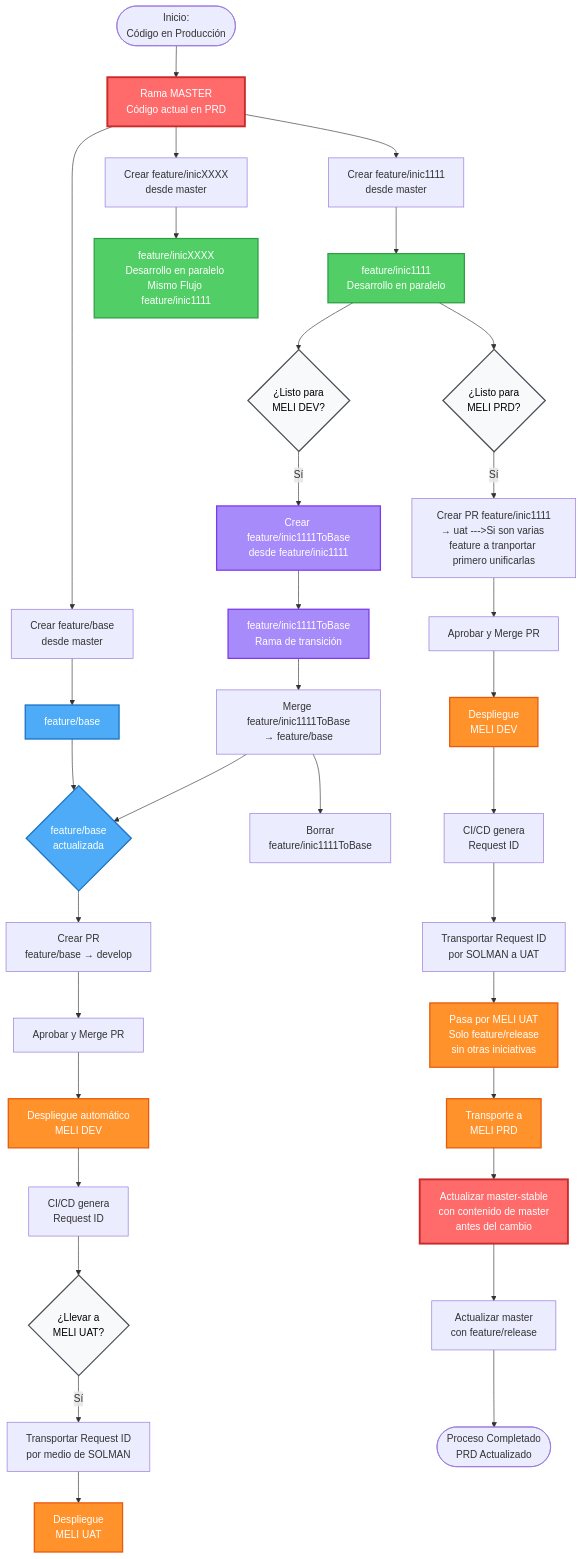
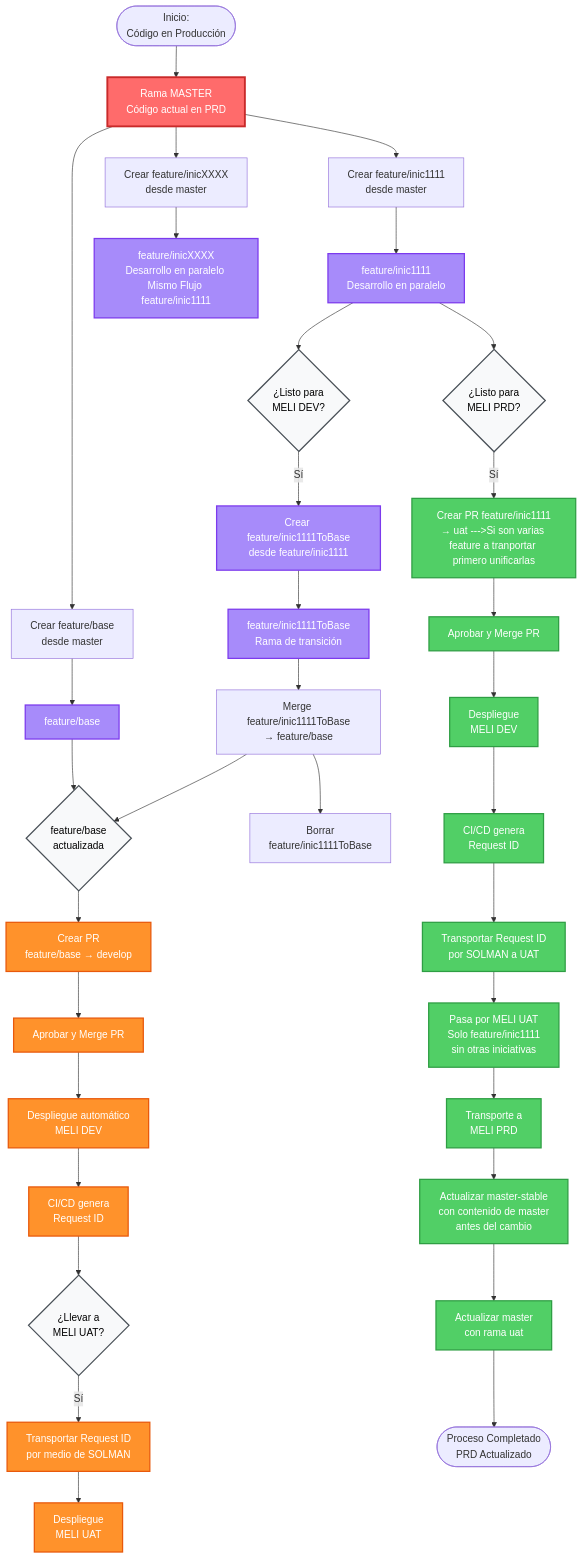
The second of 2 diagrams in flujo-github-paralelo.md (jajaramillo/flujo-github-paralelo), drawn with Mermaid before and after one commit. The commit also changed other lines of this file, not shown here.

Commit message:
Refactor flow diagram styles and update labels

````diff
--- a/flujo-github-paralelo.md
+++ b/flujo-github-paralelo.md
@@ -85,71 +89,77 @@
 ```mermaid
 flowchart TD
     Start([Inicio:<br/>Código en Producción]) --> Master[Rama MASTER<br/>Código actual en PRD]
     
     
     Master --> CreateBase[Crear feature/base<br/>desde master]
     Master --> CreateDev1[Crear feature/inic1111<br/>desde master]    
     Master --> CreateDevN[Crear feature/inicXXXX<br/>desde master]
        
     CreateBase --> Base[feature/base]
     CreateDev1 --> Dev1[feature/inic1111<br/>Desarrollo en paralelo]    
     CreateDevN --> DevN[feature/inicXXXX<br/>Desarrollo en paralelo Mismo Flujo feature/inic1111]
     
     %% Flujo para MELI DEV
     Dev1 --> DecisionDev1{¿Listo para<br/>MELI DEV?}
     DecisionDev1 -->|Sí| CreateTrans1[Crear feature/inic1111ToBase<br/>desde feature/inic1111]
     CreateTrans1 --> Trans1[feature/inic1111ToBase<br/>Rama de transición]
     Trans1 --> MergeToBase1[Merge feature/inic1111ToBase<br/>→ feature/base]
     
           
     Base --> BaseLista
     MergeToBase1 --> BaseLista{feature/base<br/>actualizada}
     MergeToBase1 --> DeleteTrans1[Borrar<br/>feature/inic1111ToBase]
     
     BaseLista --> PRDev[Crear PR<br/>feature/base → develop]
     PRDev --> ApproveDev[Aprobar y Merge PR]
     ApproveDev --> DeployDev[Despliegue automático<br/>MELI DEV]
     DeployDev --> RequestIDDev[CI/CD genera<br/>Request ID]
     
     %% Flujo para MELI UAT
     RequestIDDev --> DecisionUAT{¿Llevar a<br/>MELI UAT?}
     DecisionUAT -->|Sí| TransportUAT[Transportar Request ID<br/>por medio de SOLMAN]
     TransportUAT --> DeployUAT[Despliegue<br/>MELI UAT]
     
     %% Flujo para MELI PRD
     Dev1 --> DecisionPRD1{¿Listo para<br/>MELI PRD?}
         
     
     DecisionPRD1 -->|Sí| PRProd[Crear PR feature/inic1111<br/>→ uat --->Si son varias feature a tranportar primero unificarlas]      
     
     PRProd --> ApproveProd[Aprobar y Merge PR]
     ApproveProd --> DeployDevProd[Despliegue<br/>MELI DEV]
     DeployDevProd --> RequestIDProd[CI/CD genera<br/>Request ID]
     
     RequestIDProd --> TransportProd[Transportar Request ID<br/>por SOLMAN a UAT]
-    TransportProd --> UATCheck[Pasa por MELI UAT<br/>Solo feature/release<br/>sin otras iniciativas]
+    TransportProd --> UATCheck[Pasa por MELI UAT<br/>Solo feature/inic1111<br/>sin otras iniciativas]
     UATCheck --> TransportPRD[Transporte a<br/>MELI PRD]
     
     %% Actualización post-producción
     TransportPRD --> UpdateStable[Actualizar master-stable<br/>con contenido de master<br/>antes del cambio]
-    UpdateStable --> UpdateUAT[Actualizar master<br/>con feature/release]
+    UpdateStable --> UpdateUAT[Actualizar master<br/>con rama uat]
         
     UpdateUAT --> End([Proceso Completado<br/>PRD Actualizado])
     
     %% Estilos
-    classDef masterStyle fill:#ff6b6b,stroke:#c92a2a,stroke-width:3px,color:#fff
-    classDef baseStyle fill:#4dabf7,stroke:#1971c2,stroke-width:2px,color:#fff
-    classDef devStyle fill:#51cf66,stroke:#2f9e44,stroke-width:2px,color:#fff
-    classDef releaseStyle fill:#ffd43b,stroke:#fab005,stroke-width:3px,color:#000
-    classDef transStyle fill:#a78bfa,stroke:#7c3aed,stroke-width:2px,color:#fff
-    classDef deployStyle fill:#ff922b,stroke:#e8590c,stroke-width:2px,color:#fff
+    classDef mainBranchStyle fill:#ff6b6b,stroke:#c92a2a,stroke-width:3px,color:#fff
+    classDef featureBranchStyle fill:#a78bfa,stroke:#7c3aed,stroke-width:2px,color:#fff
+    classDef devPathStyle fill:#ff922b,stroke:#e8590c,stroke-width:2px,color:#fff
+    classDef prdPathStyle fill:#51cf66,stroke:#2f9e44,stroke-width:2px,color:#fff
     classDef decisionStyle fill:#f8f9fa,stroke:#495057,stroke-width:2px,color:#000
     
-    class Master,UpdateMaster,UpdateStable masterStyle
-    class Base,BaseLista baseStyle
-    class Dev1,DevN devStyle
-    class Release,ReleaseLista releaseStyle
-    class Trans1,CreateTrans1 transStyle
-    class DeployDev,DeployUAT,DeployDevProd,TransportPRD,UATCheck deployStyle
-    class DecisionDev1,DecisionUAT,DecisionPRD1 decisionStyle
+    %% Ramas principales: develop, uat, master
+    class Master mainBranchStyle
+    
+    %% Ramas de trabajo: feature/*, master-stable
+    class Base,Dev1,DevN,Trans1,CreateTrans1 featureBranchStyle
+    
+    %% Camino DEV (naranja) - comienza desde PRDev
+    class PRDev,ApproveDev,DeployDev,RequestIDDev,TransportUAT,DeployUAT devPathStyle
+    
+    %% Camino PRD (verde)
+    class PRProd,ApproveProd,DeployDevProd,RequestIDProd,TransportProd,UATCheck,TransportPRD,UpdateStable,UpdateUAT prdPathStyle
+    
+    %% Decisiones e informativos
+    class DecisionDev1,DecisionPRD1,DecisionUAT,BaseLista decisionStyle
+  
   ```
````
